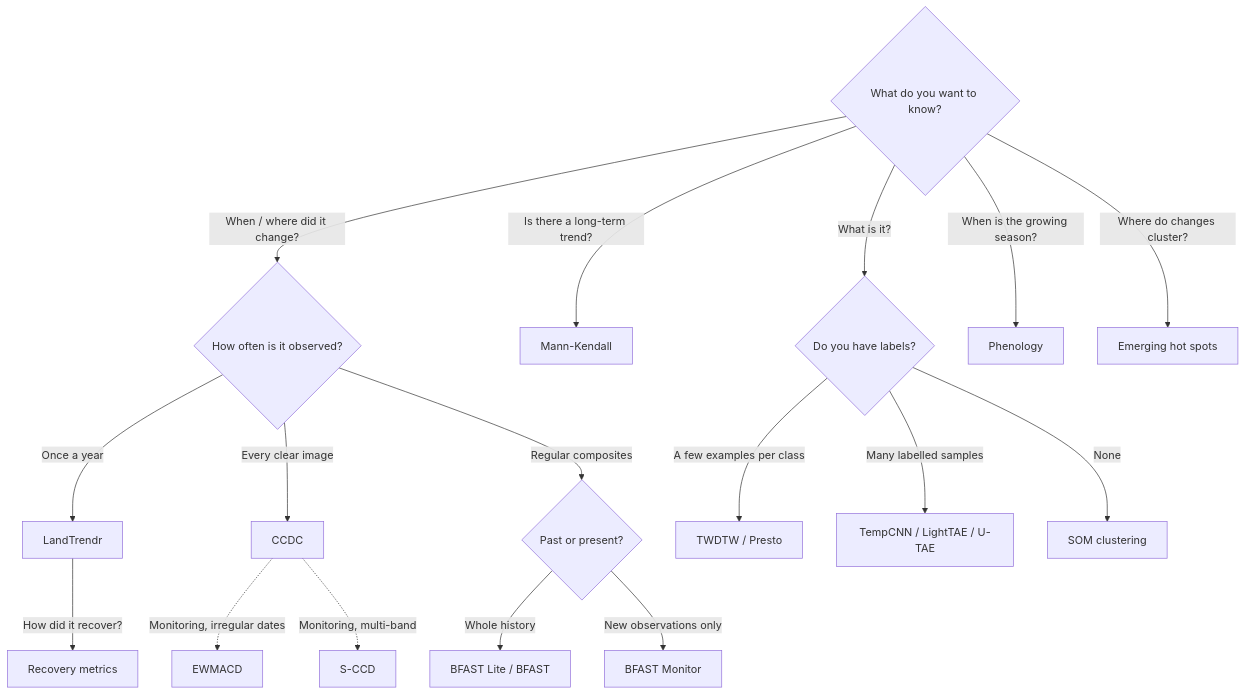
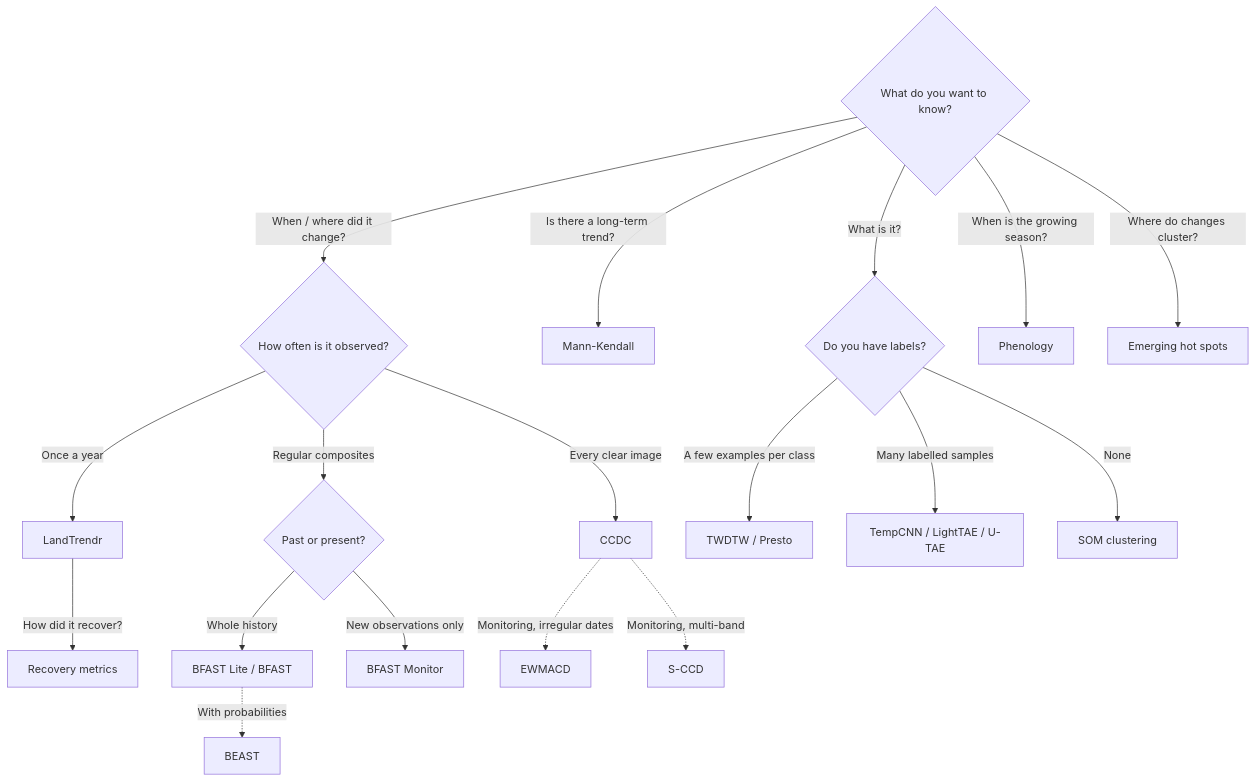
One commit to sacridini/zeit-cdts changed the diagram in docs/getting-started/choosing-an-algorithm.md. Above: the diagram before and after it, drawn with Mermaid. The commit also changed other lines of this file and 13 other files, not shown here.

````diff
--- a/docs/getting-started/choosing-an-algorithm.md
+++ b/docs/getting-started/choosing-an-algorithm.md
@@ -33,22 +34,23 @@
 ```mermaid
 flowchart TD
     Q{"What do you want to know?"}
     Q -->|"When / where did it change?"| C{"How often is it observed?"}
     Q -->|"Is there a long-term trend?"| MK["Mann-Kendall"]
     Q -->|"What is it?"| L{"Do you have labels?"}
     Q -->|"When is the growing season?"| PH["Phenology"]
     Q -->|"Where do changes cluster?"| HS["Emerging hot spots"]
     LT -->|"How did it recover?"| RC["Recovery metrics"]
 
     C -->|"Once a year"| LT["LandTrendr"]
     C -->|"Every clear image"| CC["CCDC"]
     C -->|"Regular composites"| B{"Past or present?"}
     B -->|"Whole history"| BL["BFAST Lite / BFAST"]
+    BL -.->|"With probabilities"| BE["BEAST"]
     B -->|"New observations only"| BM["BFAST Monitor"]
     CC -.->|"Monitoring, irregular dates"| EW["EWMACD"]
     CC -.->|"Monitoring, multi-band"| SC["S-CCD"]
 
     L -->|"A few examples per class"| TW["TWDTW / Presto"]
     L -->|"Many labelled samples"| DL["TempCNN / LightTAE / U-TAE"]
     L -->|"None"| SO["SOM clustering"]
 ```
````
